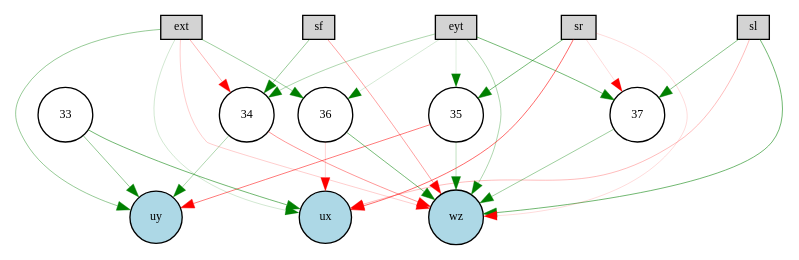
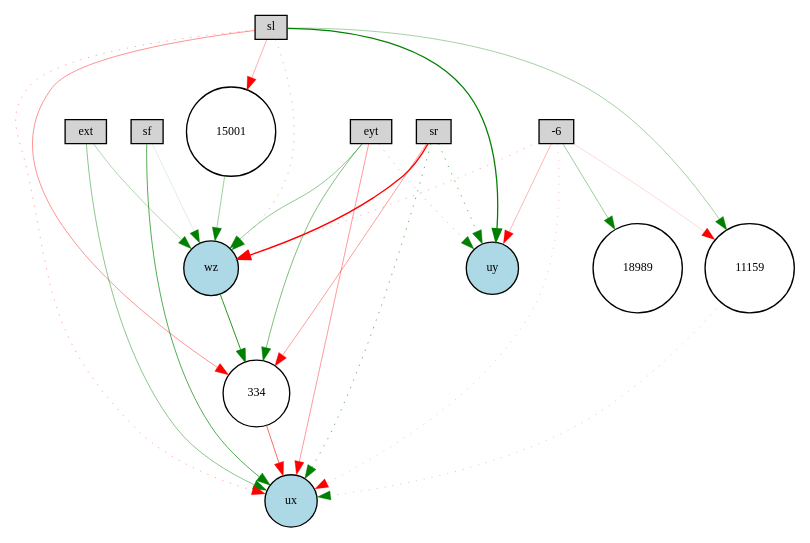
Before and after one commit to KaiL4eK/autopilot_simulator: the diagram in pictures_ff/Digraph.gv, drawn with Graphviz. The commit also changed 9 other files, not shown here.

```diff
--- a/pictures_ff/Digraph.gv
+++ b/pictures_ff/Digraph.gv
@@ -1,44 +1,43 @@
 digraph {
 	node [fontsize=9 height=0.2 shape=circle width=0.2]
 	ext [fillcolor=lightgray shape=box style=filled]
 	eyt [fillcolor=lightgray shape=box style=filled]
 	sf [fillcolor=lightgray shape=box style=filled]
 	sl [fillcolor=lightgray shape=box style=filled]
 	sr [fillcolor=lightgray shape=box style=filled]
+	-6 [fillcolor=lightgray shape=box style=filled]
 	ux [fillcolor=lightblue style=filled]
 	uy [fillcolor=lightblue style=filled]
 	wz [fillcolor=lightblue style=filled]
-	35 [fillcolor=white style=filled]
-	36 [fillcolor=white style=filled]
-	37 [fillcolor=white style=filled]
-	33 [fillcolor=white style=filled]
-	34 [fillcolor=white style=filled]
-	sr -> ux [color=red penwidth=0.43883094619151697 style=solid]
-	eyt -> wz [color=green penwidth=0.24160920987310702 style=solid]
-	35 -> uy [color=red penwidth=0.3861535466267372 style=solid]
-	ext -> 36 [color=green penwidth=0.28515593279044255 style=solid]
-	ext -> ux [color=green penwidth=0.14255098095218316 style=solid]
-	eyt -> 35 [color=green penwidth=0.10072252561200136 style=solid]
-	ext -> wz [color=red penwidth=0.14523654600680602 style=solid]
-	35 -> wz [color=green penwidth=0.18990469092241202 style=solid]
-	sl -> wz [color=green penwidth=0.41893037419815216 style=solid]
-	sf -> 34 [color=green penwidth=0.30565812315111274 style=solid]
-	sl -> ux [color=red penwidth=0.19811080218607147 style=solid]
-	34 -> wz [color=red penwidth=0.31315771684293586 style=solid]
-	eyt -> 36 [color=green penwidth=0.13344221326465278 style=solid]
-	37 -> wz [color=green penwidth=0.2906920474555458 style=solid]
-	sr -> wz [color=red penwidth=0.11426997388430933 style=solid]
-	sl -> 37 [color=green penwidth=0.34633044541426594 style=solid]
-	ext -> uy [color=green penwidth=0.30956823590462396 style=solid]
-	eyt -> 34 [color=green penwidth=0.23500424477368367 style=solid]
-	34 -> uy [color=green penwidth=0.23662512609982841 style=solid]
-	33 -> uy [color=green penwidth=0.3206143571714114 style=solid]
-	ext -> 34 [color=red penwidth=0.21521780920395897 style=solid]
-	sf -> wz [color=red penwidth=0.2781473019587396 style=solid]
-	eyt -> 37 [color=green penwidth=0.40752791579759506 style=solid]
-	sr -> 37 [color=red penwidth=0.11140393208824789 style=solid]
-	36 -> wz [color=green penwidth=0.4013647422997233 style=solid]
-	33 -> ux [color=green penwidth=0.4218397776708419 style=solid]
-	sr -> 35 [color=green penwidth=0.40061718036582594 style=solid]
-	36 -> ux [color=red penwidth=0.125414781868812 style=solid]
+	18989 [fillcolor=white style=filled]
+	334 [fillcolor=white style=filled]
+	11159 [fillcolor=white style=filled]
+	15001 [fillcolor=white style=filled]
+	sr -> ux [color=green penwidth=0.4402021999870195 style=dotted]
+	11159 -> ux [color=green penwidth=0.17480904097211847 style=dotted]
+	ext -> wz [color=green penwidth=0.23900137551456396 style=solid]
+	ext -> ux [color=green penwidth=0.3443340158729258 style=solid]
+	sr -> 334 [color=red penwidth=0.29239643180974584 style=solid]
+	sl -> 11159 [color=green penwidth=0.26736552740419195 style=solid]
+	eyt -> wz [color=green penwidth=0.3328007445047366 style=solid]
+	sl -> wz [color=green penwidth=0.22734327544143404 style=dotted]
+	334 -> ux [color=red penwidth=0.43684043126163496 style=solid]
+	sl -> ux [color=red penwidth=0.25924295814331727 style=dotted]
+	-6 -> 18989 [color=green penwidth=0.2967800159484826 style=solid]
+	wz -> 334 [color=green penwidth=0.6401219534015401 style=solid]
+	sl -> 15001 [color=red penwidth=0.2384541579233746 style=solid]
+	eyt -> ux [color=red penwidth=0.3047300593496938 style=solid]
+	eyt -> uy [color=green penwidth=0.23233089656838 style=dotted]
+	sr -> uy [color=green penwidth=0.4366138364807154 style=dotted]
+	-6 -> uy [color=red penwidth=0.21523687563739113 style=solid]
+	eyt -> 334 [color=green penwidth=0.37726660190401584 style=solid]
+	-6 -> 11159 [color=red penwidth=0.12102759410361497 style=solid]
+	-6 -> ux [color=red penwidth=0.15841049507177388 style=dotted]
+	sf -> ux [color=green penwidth=0.49999887689491507 style=solid]
+	-6 -> wz [color=red penwidth=0.22697248460872416 style=dotted]
+	sf -> wz [color=green penwidth=0.10220398020158174 style=solid]
+	sl -> 334 [color=red penwidth=0.3182732588320786 style=solid]
+	15001 -> wz [color=green penwidth=0.28598725032388894 style=solid]
+	sl -> uy [color=green penwidth=0.9647309892731878 style=solid]
+	sr -> wz [color=red penwidth=0.9840537086505275 style=solid]
 }
```
